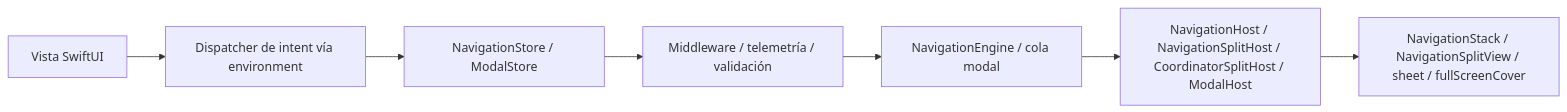
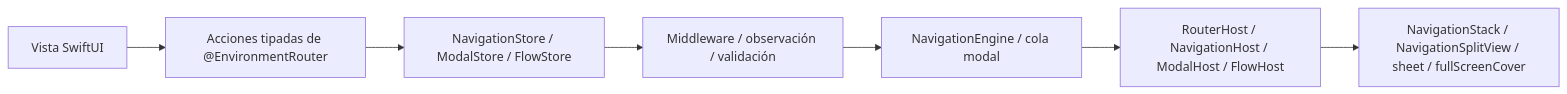
One commit to InnoSquadCorp/InnoRouter changed the first of 2 diagrams in README.es.md. Above: the diagram before and after it, drawn with Mermaid. The commit also changed other lines of this file and 57 other files, not shown here.

````diff
--- a/README.es.md
+++ b/README.es.md
@@ -316,9 +316,9 @@
 ```mermaid
 flowchart LR
-    View["Vista SwiftUI"] --> Intent["Dispatcher de intent vía environment"]
-    Intent --> Store["NavigationStore / ModalStore"]
-    Store --> Policy["Middleware / telemetría / validación"]
+    View["Vista SwiftUI"] --> Actions["Acciones tipadas de @EnvironmentRouter"]
+    Actions --> Store["NavigationStore / ModalStore / FlowStore"]
+    Store --> Policy["Middleware / observación / validación"]
     Policy --> Execution["NavigationEngine / cola modal"]
-    Execution --> Host["NavigationHost / NavigationSplitHost / CoordinatorSplitHost / ModalHost"]
+    Execution --> Host["RouterHost / NavigationHost / ModalHost / FlowHost"]
     Host --> System["NavigationStack / NavigationSplitView / sheet / fullScreenCover"]
 ```
````
